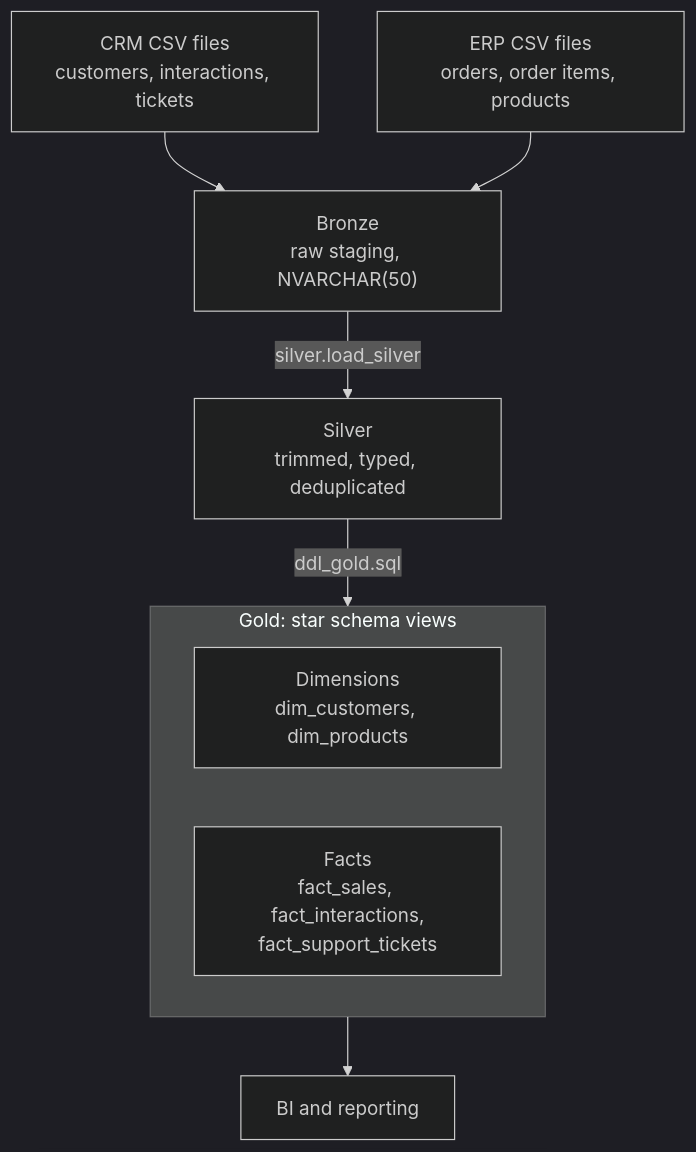
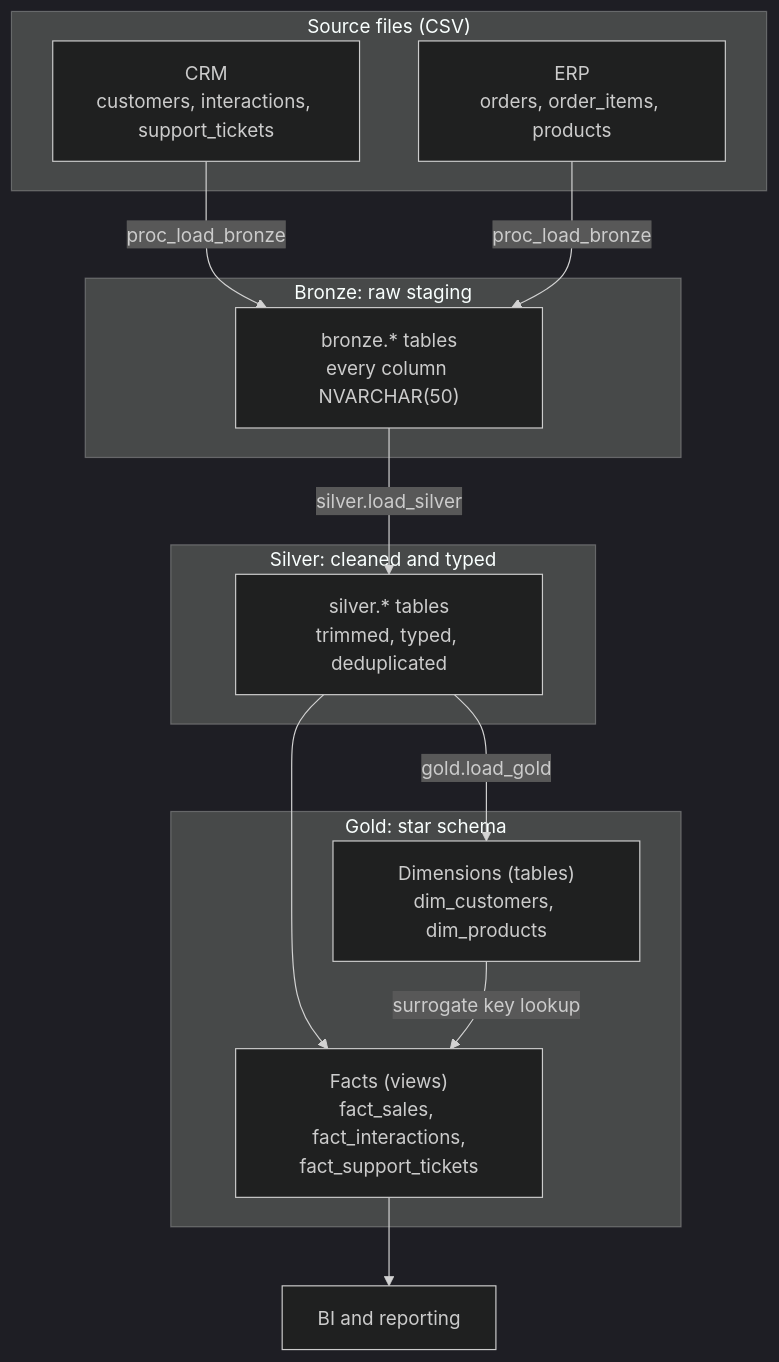
The first of 2 diagrams in README.md (Olayemi-Ajayi/SQL-Data-Warehouse-Project), drawn with Mermaid (dark theme) before and after one commit. The commit also changed other lines of this file, not shown here.

````diff
--- a/README.md
+++ b/README.md
@@ -7,12 +18,28 @@
 ```mermaid
 flowchart TB
-    CRM["CRM CSV files<br/>customers, interactions, tickets"] --> B
-    ERP["ERP CSV files<br/>orders, order items, products"] --> B
-    B["Bronze<br/>raw staging, NVARCHAR(50)"] -->|silver.load_silver| S
-    S["Silver<br/>trimmed, typed, deduplicated"] -->|ddl_gold.sql| G
-    subgraph G["Gold: star schema views"]
-        D["Dimensions<br/>dim_customers, dim_products"]
-        F["Facts<br/>fact_sales, fact_interactions,<br/>fact_support_tickets"]
+    subgraph SRC["Source files (CSV)"]
+        CRM["CRM<br/>customers, interactions, support_tickets"]
+        ERP["ERP<br/>orders, order_items, products"]
     end
-    G --> BI["BI and reporting"]
+
+    subgraph BRZ["Bronze: raw staging"]
+        B["bronze.* tables<br/>every column NVARCHAR(50)"]
+    end
+
+    subgraph SLV["Silver: cleaned and typed"]
+        S["silver.* tables<br/>trimmed, typed, deduplicated"]
+    end
+
+    subgraph GLD["Gold: star schema"]
+        D["Dimensions (tables)<br/>dim_customers, dim_products"]
+        F["Facts (views)<br/>fact_sales, fact_interactions,<br/>fact_support_tickets"]
+    end
+
+    CRM -->|proc_load_bronze| B
+    ERP -->|proc_load_bronze| B
+    B -->|silver.load_silver| S
+    S -->|gold.load_gold| D
+    S --> F
+    D -->|surrogate key lookup| F
+    F --> BI["BI and reporting"]
 ```
````
